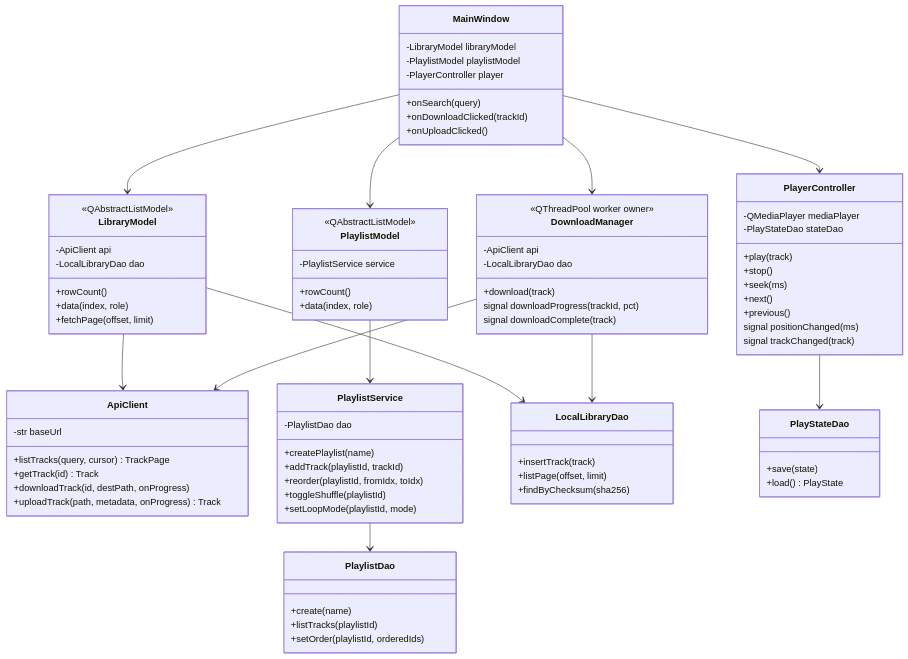
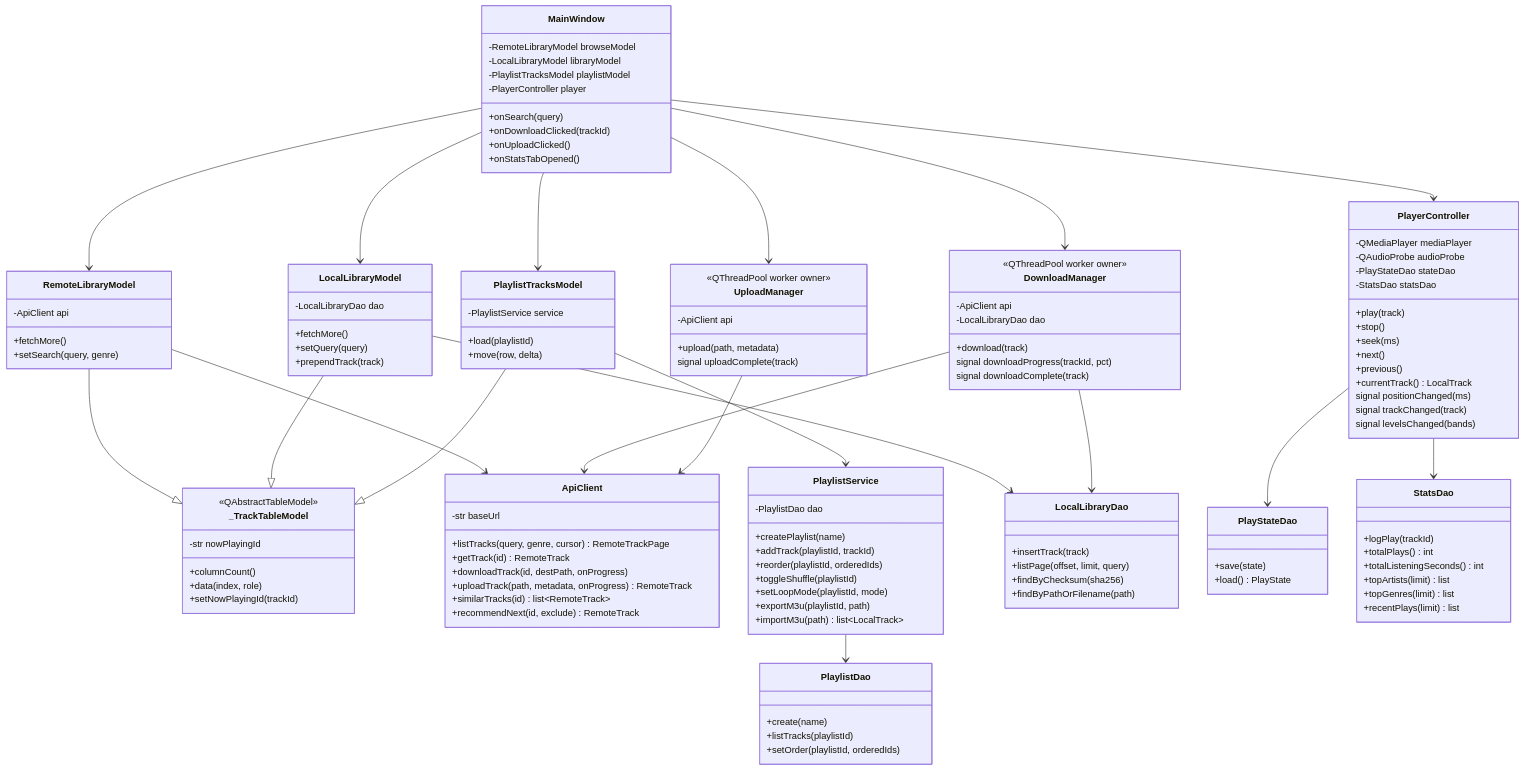
One commit to Ya5irk/eureka-music-app changed the diagram in docs/diagrams/class-client.md. Above: the diagram before and after it, drawn with Mermaid. The commit also changed other lines of this file and 2 other files, not shown here.

Commit message:
docs: fix stale test count and diagrams

````diff
--- a/docs/diagrams/class-client.md
+++ b/docs/diagrams/class-client.md
@@ -3,72 +3,101 @@
 ```mermaid
 classDiagram
     class MainWindow {
-        -LibraryModel libraryModel
-        -PlaylistModel playlistModel
+        -RemoteLibraryModel browseModel
+        -LocalLibraryModel libraryModel
+        -PlaylistTracksModel playlistModel
         -PlayerController player
         +onSearch(query)
         +onDownloadClicked(trackId)
         +onUploadClicked()
+        +onStatsTabOpened()
     }
 
-    class LibraryModel {
-        <<QAbstractListModel>>
-        -ApiClient api
-        -LocalLibraryDao dao
-        +rowCount()
+    class _TrackTableModel {
+        <<QAbstractTableModel>>
+        -str nowPlayingId
+        +columnCount()
         +data(index, role)
-        +fetchPage(offset, limit)
+        +setNowPlayingId(trackId)
     }
 
-    class PlaylistModel {
-        <<QAbstractListModel>>
+    class RemoteLibraryModel {
+        -ApiClient api
+        +fetchMore()
+        +setSearch(query, genre)
+    }
+
+    class LocalLibraryModel {
+        -LocalLibraryDao dao
+        +fetchMore()
+        +setQuery(query)
+        +prependTrack(track)
+    }
+
+    class PlaylistTracksModel {
         -PlaylistService service
-        +rowCount()
-        +data(index, role)
+        +load(playlistId)
+        +move(row, delta)
     }
 
     class ApiClient {
         -str baseUrl
-        +listTracks(query, cursor) TrackPage
-        +getTrack(id) Track
+        +listTracks(query, genre, cursor) RemoteTrackPage
+        +getTrack(id) RemoteTrack
         +downloadTrack(id, destPath, onProgress)
-        +uploadTrack(path, metadata, onProgress) Track
+        +uploadTrack(path, metadata, onProgress) RemoteTrack
+        +similarTracks(id) list~RemoteTrack~
+        +recommendNext(id, exclude) RemoteTrack
     }
 
     class DownloadManager {
         <<QThreadPool worker owner>>
         -ApiClient api
         -LocalLibraryDao dao
-        +download(track) 
+        +download(track)
         signal downloadProgress(trackId, pct)
         signal downloadComplete(track)
+    }
+
+    class UploadManager {
+        <<QThreadPool worker owner>>
+        -ApiClient api
+        +upload(path, metadata)
+        signal uploadComplete(track)
     }
 
     class PlaylistService {
         -PlaylistDao dao
         +createPlaylist(name)
         +addTrack(playlistId, trackId)
-        +reorder(playlistId, fromIdx, toIdx)
+        +reorder(playlistId, orderedIds)
         +toggleShuffle(playlistId)
         +setLoopMode(playlistId, mode)
+        +exportM3u(playlistId, path)
+        +importM3u(path) list~LocalTrack~
     }
 
     class PlayerController {
         -QMediaPlayer mediaPlayer
+        -QAudioProbe audioProbe
         -PlayStateDao stateDao
+        -StatsDao statsDao
         +play(track)
         +stop()
         +seek(ms)
         +next()
         +previous()
+        +currentTrack() LocalTrack
         signal positionChanged(ms)
         signal trackChanged(track)
+        signal levelsChanged(bands)
     }
 
     class LocalLibraryDao {
         +insertTrack(track)
-        +listPage(offset, limit)
+        +listPage(offset, limit, query)
         +findByChecksum(sha256)
+        +findByPathOrFilename(path)
     }
 
     class PlaylistDao {
@@ -82,15 +111,31 @@
         +load() PlayState
     }
 
-    MainWindow --> LibraryModel
-    MainWindow --> PlaylistModel
+    class StatsDao {
+        +logPlay(trackId)
+        +totalPlays() int
+        +totalListeningSeconds() int
+        +topArtists(limit) list
+        +topGenres(limit) list
+        +recentPlays(limit) list
+    }
+
+    MainWindow --> RemoteLibraryModel
+    MainWindow --> LocalLibraryModel
+    MainWindow --> PlaylistTracksModel
     MainWindow --> PlayerController
-    LibraryModel --> ApiClient
-    LibraryModel --> LocalLibraryDao
-    PlaylistModel --> PlaylistService
+    MainWindow --> DownloadManager
+    MainWindow --> UploadManager
+    RemoteLibraryModel --|> _TrackTableModel
+    LocalLibraryModel --|> _TrackTableModel
+    PlaylistTracksModel --|> _TrackTableModel
+    RemoteLibraryModel --> ApiClient
+    LocalLibraryModel --> LocalLibraryDao
+    PlaylistTracksModel --> PlaylistService
     PlaylistService --> PlaylistDao
     PlayerController --> PlayStateDao
+    PlayerController --> StatsDao
     DownloadManager --> ApiClient
     DownloadManager --> LocalLibraryDao
-    MainWindow --> DownloadManager
+    UploadManager --> ApiClient
 ```
````
